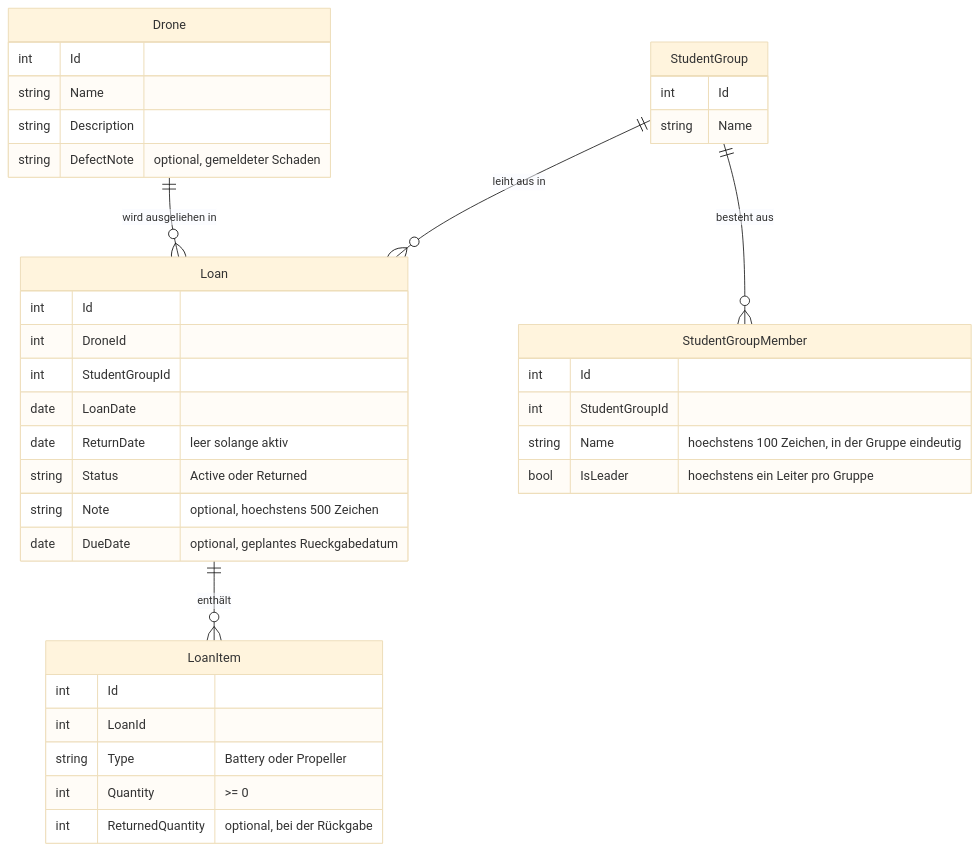
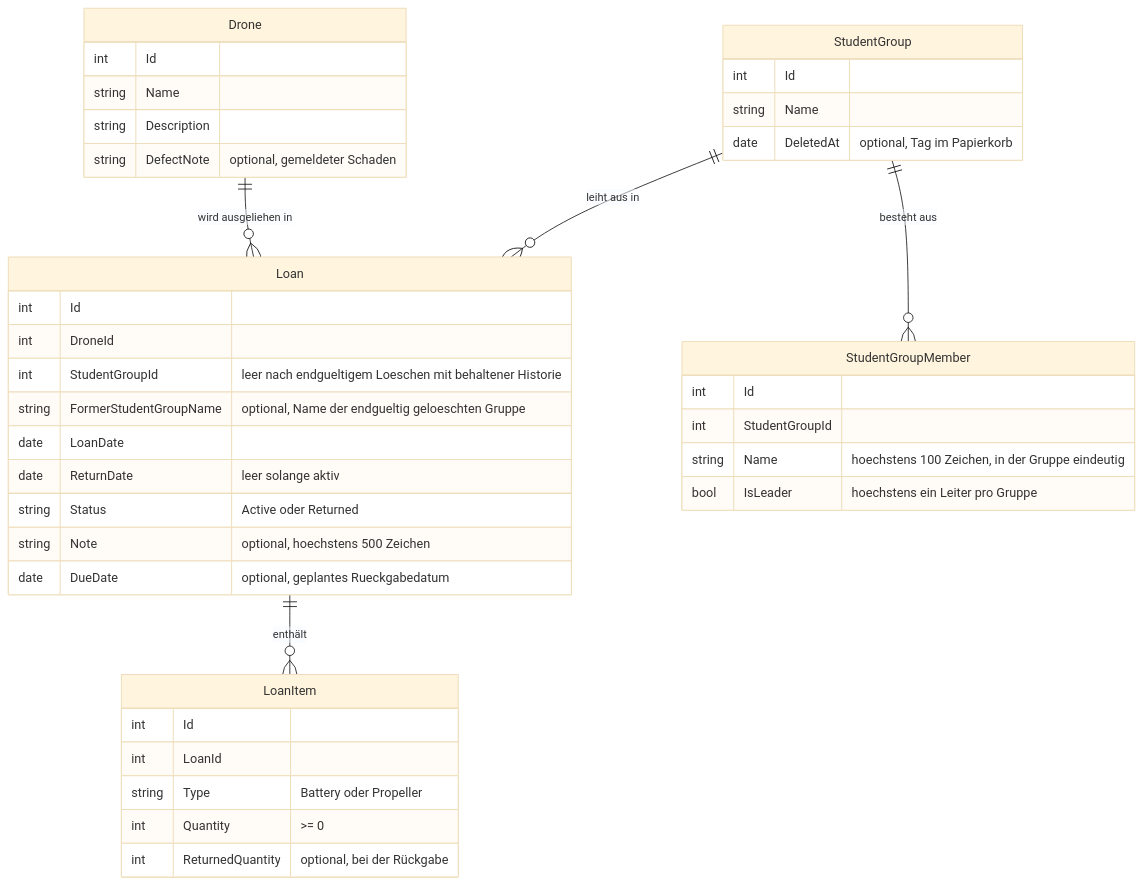
One commit to AntonGschwendtner/Drohnenverwaltung_Gschwendtner_Sonnleitner changed the diagram in docs/domain-model.md. Above: the diagram before and after it, drawn with Mermaid (base theme). The commit also changed other lines of this file and 4 other files, not shown here.

````diff
--- a/docs/domain-model.md
+++ b/docs/domain-model.md
@@ -21,41 +22,43 @@
 ```mermaid
 erDiagram
     Drone ||--o{ Loan : "wird ausgeliehen in"
     StudentGroup ||--o{ Loan : "leiht aus in"
     StudentGroup ||--o{ StudentGroupMember : "besteht aus"
     Loan ||--o{ LoanItem : "enthält"
 
     Drone {
         int Id
         string Name
         string Description
         string DefectNote "optional, gemeldeter Schaden"
     }
     StudentGroup {
         int Id
         string Name
+        date DeletedAt "optional, Tag im Papierkorb"
     }
     StudentGroupMember {
         int Id
         int StudentGroupId
         string Name "hoechstens 100 Zeichen, in der Gruppe eindeutig"
         bool IsLeader "hoechstens ein Leiter pro Gruppe"
     }
     Loan {
         int Id
         int DroneId
-        int StudentGroupId
+        int StudentGroupId "leer nach endgueltigem Loeschen mit behaltener Historie"
+        string FormerStudentGroupName "optional, Name der endgueltig geloeschten Gruppe"
         date LoanDate
         date ReturnDate "leer solange aktiv"
         string Status "Active oder Returned"
         string Note "optional, hoechstens 500 Zeichen"
         date DueDate "optional, geplantes Rueckgabedatum"
     }
     LoanItem {
         int Id
         int LoanId
         string Type "Battery oder Propeller"
         int Quantity ">= 0"
         int ReturnedQuantity "optional, bei der Rückgabe"
     }
 ```
````
